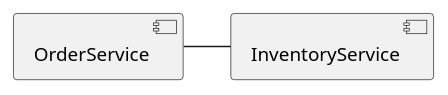
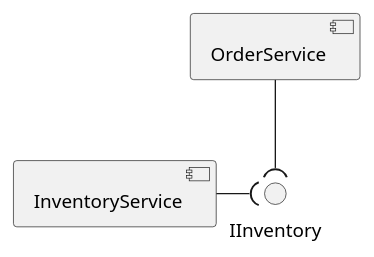
Before and after one commit to kieranpotts/cheats: the second of 2 diagrams in src/modeling/uml/component-diagrams.adoc, drawn with PlantUML. The commit also changed other lines of this file and 9 other files, not shown here.

Commit message:
edit: review and extend uml / modeling cheats

```diff
--- a/src/modeling/uml/component-diagrams.adoc
+++ b/src/modeling/uml/component-diagrams.adoc
@@ -45,7 +65,8 @@
 [plantuml]
 ....
 component OrderService
 component InventoryService
 
-OrderService -() InventoryService
+InventoryService -( IInventory
+OrderService --( IInventory
 ....
```
